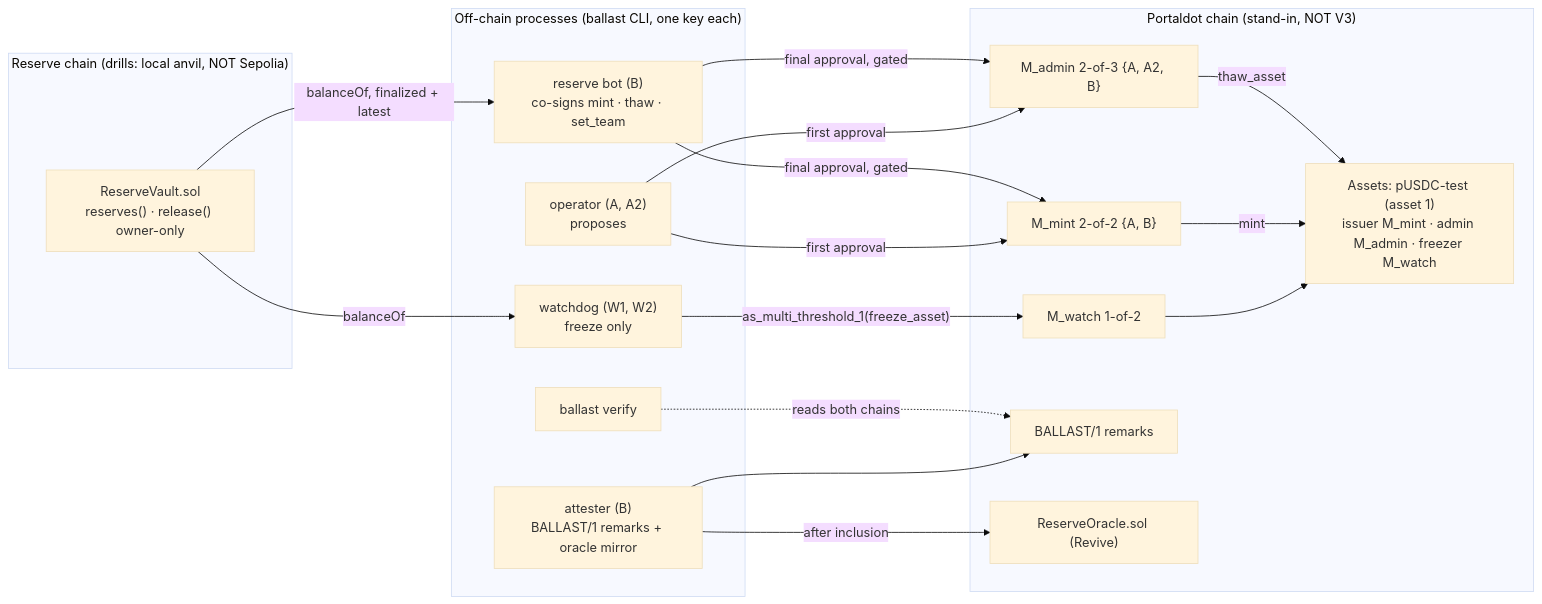
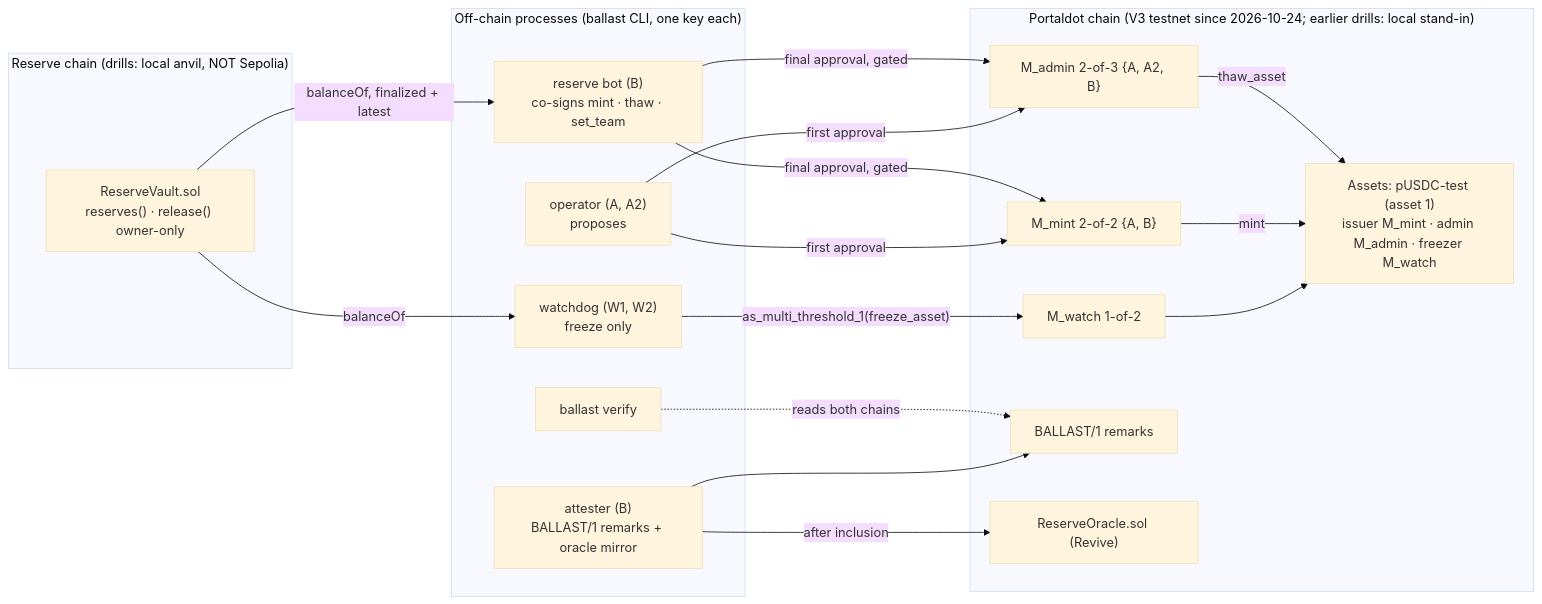
The diagram in README.md (edycutjong/portaldot-hackathon-2026-ballast-edycu), drawn with Mermaid (base theme) before and after one commit. The commit also changed other lines of this file, not shown here.

Commit message:
README: V3 where it is now true — 79 V3 extrinsics in docs/PROOF.md (assets 4401/4402, ReserveOracle 0x4832…155e, role + attest drills PASS), stand-in rows still labelled, reserve local anvil NOT Sepolia, 274 tests

````diff
--- a/README.md
+++ b/README.md
@@ -74,33 +77,33 @@
 ```mermaid
 flowchart LR
   subgraph RES["Reserve chain (drills: local anvil, NOT Sepolia)"]
     VAULT["ReserveVault.sol<br/>reserves() · release() owner-only"]
   end
   subgraph PROC["Off-chain processes (ballast CLI, one key each)"]
     WD["watchdog (W1, W2)<br/>freeze only"]
     BOT["reserve bot (B)<br/>co-signs mint · thaw · set_team"]
     ATT["attester (B)<br/>BALLAST/1 remarks + oracle mirror"]
     OP["operator (A, A2)<br/>proposes"]
     VER["ballast verify"]
   end
-  subgraph PD["Portaldot chain (stand-in, NOT V3)"]
+  subgraph PD["Portaldot chain (V3 testnet since 2026-10-24; earlier drills: local stand-in)"]
     ASSET["Assets: pUSDC-test (asset 1)<br/>issuer M_mint · admin M_admin · freezer M_watch"]
     MWATCH["M_watch 1-of-2"]
     MMINT["M_mint 2-of-2 {A, B}"]
     MADMIN["M_admin 2-of-3 {A, A2, B}"]
     REMARK["BALLAST/1 remarks"]
     ORACLE["ReserveOracle.sol (Revive)"]
   end
   VAULT -- "balanceOf" --> WD
   VAULT -- "balanceOf, finalized + latest" --> BOT
   WD -- "as_multi_threshold_1(freeze_asset)" --> MWATCH --> ASSET
   OP -- "first approval" --> MMINT
   OP -- "first approval" --> MADMIN
   BOT -- "final approval, gated" --> MMINT
   BOT -- "final approval, gated" --> MADMIN
   MMINT -- "mint" --> ASSET
   MADMIN -- "thaw_asset" --> ASSET
   ATT --> REMARK
   ATT -- "after inclusion" --> ORACLE
   VER -. reads both chains .-> REMARK
 ```
````
